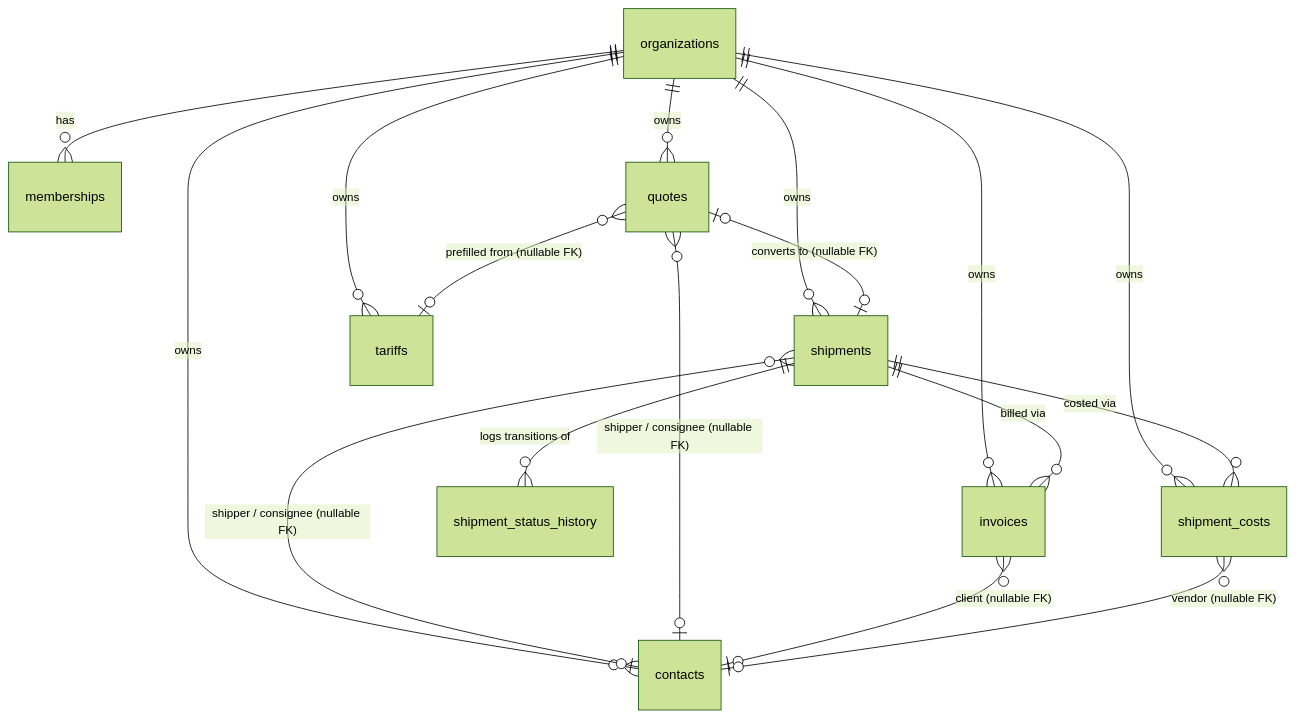
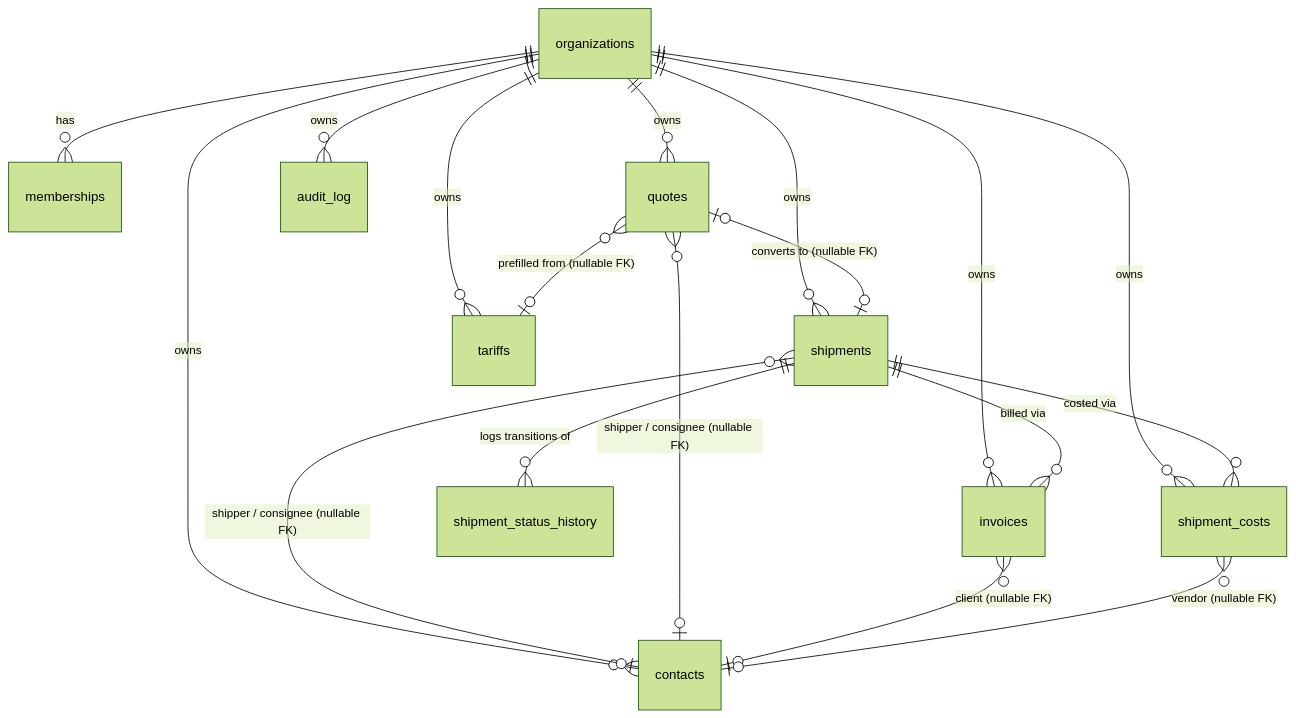
The third of 5 diagrams in docs/sdd.md (venkyi21/sst-freight), drawn with Mermaid (forest theme) before and after one commit. The commit also changed other lines of this file and 21 other files, not shown here.

````diff
--- a/docs/sdd.md
+++ b/docs/sdd.md
@@ -65,22 +65,23 @@
 ```mermaid
 erDiagram
   organizations ||--o{ memberships : "has"
   organizations ||--o{ shipments : "owns"
   organizations ||--o{ contacts : "owns"
   organizations ||--o{ tariffs : "owns"
   organizations ||--o{ quotes : "owns"
   organizations ||--o{ invoices : "owns"
   organizations ||--o{ shipment_costs : "owns"
+  organizations ||--o{ audit_log : "owns"
 
   shipments ||--o{ shipment_status_history : "logs transitions of"
   shipments ||--o{ invoices : "billed via"
   shipments ||--o{ shipment_costs : "costed via"
   shipments }o--o| contacts : "shipper / consignee (nullable FK)"
 
   quotes }o--o| contacts : "shipper / consignee (nullable FK)"
   quotes }o--o| tariffs : "prefilled from (nullable FK)"
   quotes |o--o| shipments : "converts to (nullable FK)"
 
   invoices }o--o| contacts : "client (nullable FK)"
   shipment_costs }o--o| contacts : "vendor (nullable FK)"
 ```
````
